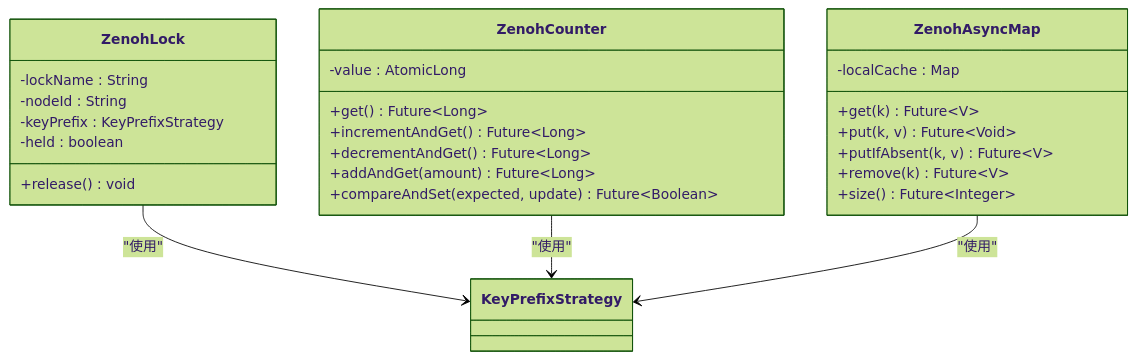
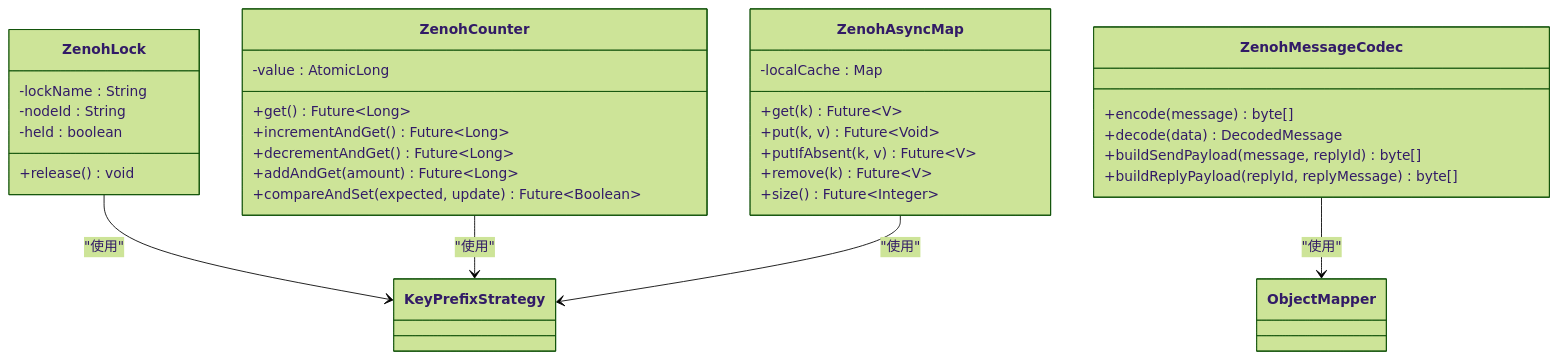
Before and after one commit to ossworker/vertx-starter: the fifth of 8 diagrams in .qoder/repowiki/zh/content/集群管理模块/集群管理器实现.md, drawn with Mermaid (forest theme). The commit also changed other lines of this file and 7 other files, not shown here.

````diff
--- a/.qoder/repowiki/zh/content/集群管理模块/集群管理器实现.md
+++ b/.qoder/repowiki/zh/content/集群管理模块/集群管理器实现.md
@@ -239,29 +319,35 @@
 ```mermaid
 classDiagram
 class ZenohLock {
 +release() void
 -lockName : String
 -nodeId : String
--keyPrefix : KeyPrefixStrategy
 -held : boolean
 }
 class ZenohCounter {
 +get() Future~Long~
 +incrementAndGet() Future~Long~
 +decrementAndGet() Future~Long~
 +addAndGet(amount) Future~Long~
 +compareAndSet(expected, update) Future~Boolean~
 -value : AtomicLong
 }
 class ZenohAsyncMap {
 +get(k) Future~V~
 +put(k, v) Future~Void~
 +putIfAbsent(k, v) Future~V~
 +remove(k) Future~V~
 +size() Future~Integer~
 -localCache : Map
 }
+class ZenohMessageCodec {
++encode(message) byte[]
++decode(data) DecodedMessage
++buildSendPayload(message, replyId) byte[]
++buildReplyPayload(replyId, replyMessage) byte[]
+}
 ZenohLock --> KeyPrefixStrategy : "使用"
 ZenohCounter --> KeyPrefixStrategy : "使用"
 ZenohAsyncMap --> KeyPrefixStrategy : "使用"
+ZenohMessageCodec --> ObjectMapper : "使用"
 ```
````
